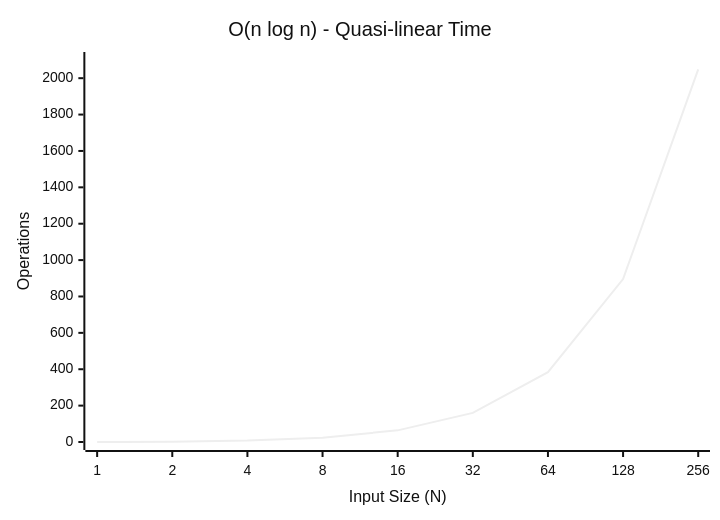
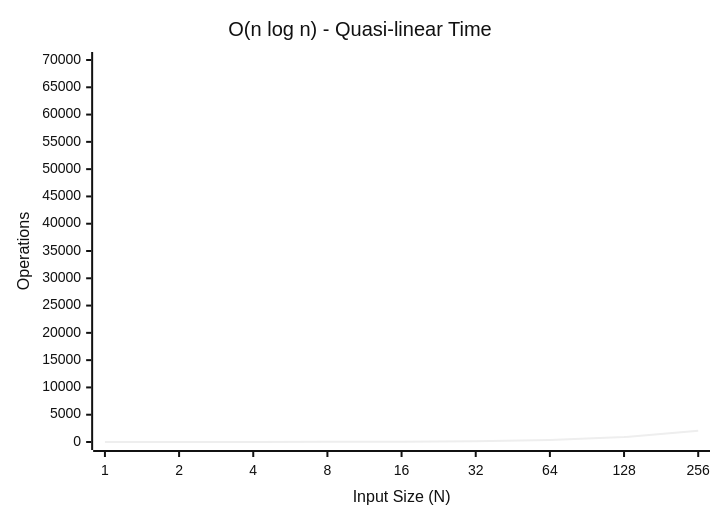
Before and after one commit to youngmin-gwon/what-i-studied: the fourth of 6 diagrams in 01_inbox/algorithm/algo-complexity-and-big-o.md, drawn with Mermaid (neutral theme). The commit also changed other lines of this file, not shown here.

````diff
--- a/01_inbox/algorithm/algo-complexity-and-big-o.md
+++ b/01_inbox/algorithm/algo-complexity-and-big-o.md
@@ -94,7 +94,7 @@
 ```mermaid
 xychart-beta
     title "O(n log n) - Quasi-linear Time"
     x-axis "Input Size (N)" [1, 2, 4, 8, 16, 32, 64, 128, 256]
-    y-axis "Operations" 0 --> 2100
+    y-axis "Operations" 0 --> 70000
     line "O(n log n)" [0, 2, 8, 24, 64, 160, 384, 896, 2048]
 ```
````
